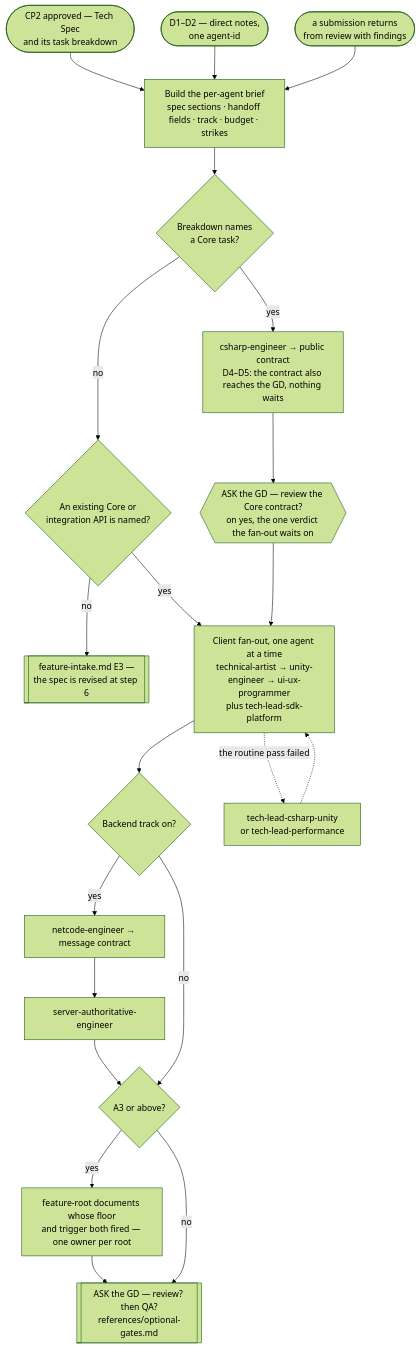
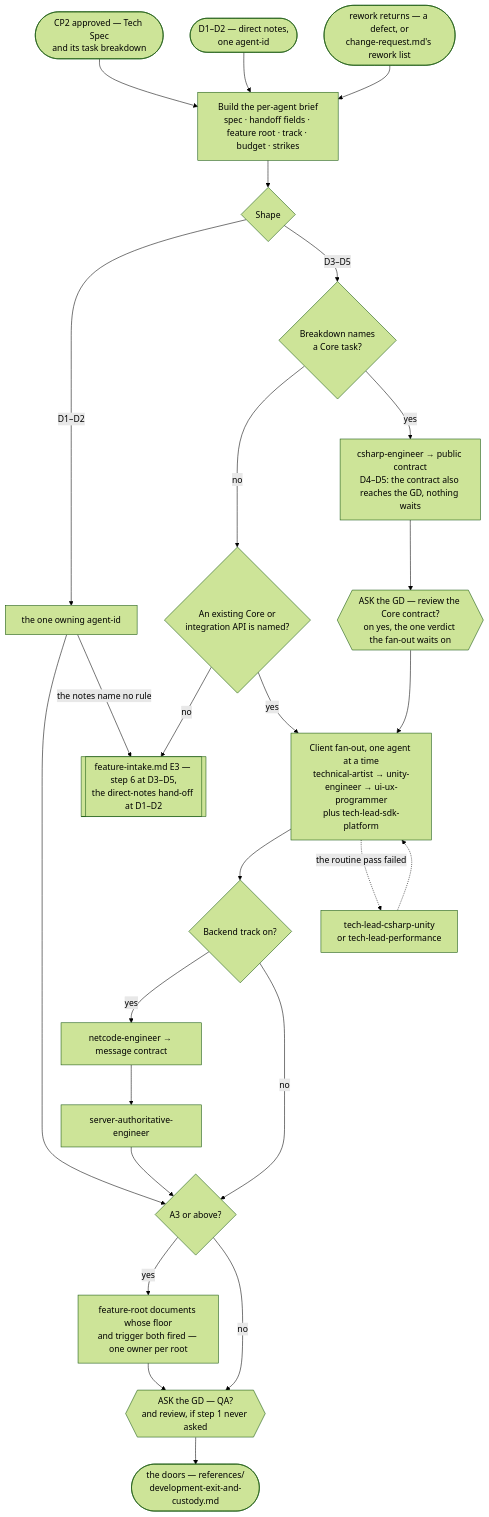
Before and after one commit to PhuNguyen182/AI-For-Game-Development: the diagram in .claude/workflows/feature-development.md, drawn with Mermaid (forest theme). The commit also changed other lines of this file and 6 other files, not shown here.

````diff
--- a/.claude/workflows/feature-development.md
+++ b/.claude/workflows/feature-development.md
@@ -49,28 +51,28 @@
 ```mermaid
 flowchart TD
     E1([CP2 approved — Tech Spec<br/>and its task breakdown]) --> Brief
     E2([D1–D2 — direct notes,<br/>one agent-id]) --> Brief
-    E3([a submission returns<br/>from review with findings]) --> Brief
+    E3([rework returns — a defect, or<br/>change-request.md's rework list]) --> Brief
 
-    Brief[Build the per-agent brief<br/>spec sections · handoff fields · track · budget · strikes] --> Core{Breakdown names<br/>a Core task?}
+    Brief[Build the per-agent brief<br/>spec · handoff fields · feature root · track · budget · strikes] --> Shape{Shape}
+    Shape -->|"D1–D2"| One[the one owning agent-id] --> Doc
+    One -->|the notes name no rule| Gap
+    Shape -->|"D3–D5"| Core{Breakdown names<br/>a Core task?}
     Core -->|no| Named{An existing Core or<br/>integration API is named?}
-    Named -->|no| Gap[[feature-intake.md E3 —<br/>the spec is revised at step 6]]
+    Named -->|no| Gap[[feature-intake.md E3 — step 6 at D3–D5,<br/>the direct-notes hand-off at D1–D2]]
     Core -->|yes| CS[csharp-engineer → public contract<br/>D4–D5: the contract also reaches the GD, nothing waits]
-
     CS --> CoreRev{{ASK the GD — review the Core contract?<br/>on yes, the one verdict the fan-out waits on}}
     CoreRev --> Fan
     Named -->|yes| Fan
-
     Fan[Client fan-out, one agent at a time<br/>technical-artist → unity-engineer → ui-ux-programmer<br/>plus tech-lead-sdk-platform] --> Track{Backend track on?}
     Fan -.->|the routine pass failed| TL[tech-lead-csharp-unity<br/>or tech-lead-performance]
     TL -.-> Fan
-
     Track -->|yes| Net[netcode-engineer → message contract]
     Track -->|no| Doc
     Net --> Auth[server-authoritative-engineer]
     Auth --> Doc
-
     Doc{A3 or above?} -->|yes| RM[feature-root documents whose floor<br/>and trigger both fired — one owner per root]
-    Doc -->|no| Rev
-    RM --> Rev[[ASK the GD — review? then QA?<br/>references/optional-gates.md]]
+    Doc -->|no| Ask
+    RM --> Ask{{ASK the GD — QA?<br/>and review, if step 1 never asked}}
+    Ask --> Out([the doors — references/<br/>development-exit-and-custody.md])
 ```
````
